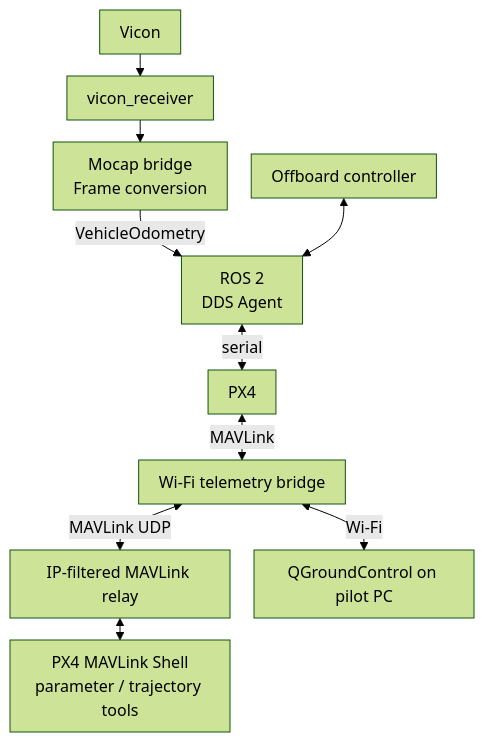
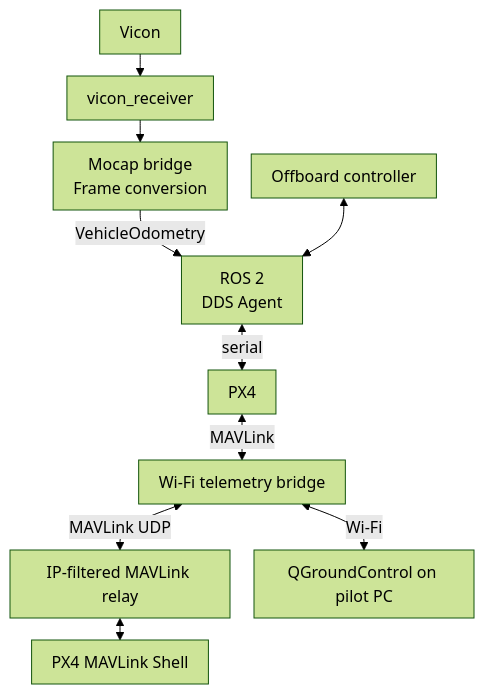
One commit to ANCL/px4-dev-toolkit changed the diagram in docs/operations/companion.md. Above: the diagram before and after it, drawn with Mermaid (forest theme). The commit also changed other lines of this file and 44 other files, not shown here.

````diff
--- a/docs/operations/companion.md
+++ b/docs/operations/companion.md
@@ -19,21 +19,21 @@
 ```mermaid
 ---
 config:
   flowchart:
     useMaxWidth: true
     wrappingWidth: 180
     padding: 10
     rankSpacing: 22
     nodeSpacing: 24
 ---
 flowchart TB
     V["Vicon"] --> VR["vicon_receiver"]
     VR --> B["Mocap bridge<br/>Frame conversion"]
     B -->|VehicleOdometry| X["ROS 2<br/>DDS Agent"]
     X <-->|serial| P["PX4"]
     C["Offboard controller"] <--> X
     P <-->|MAVLink| K["Wi-Fi telemetry bridge"]
     K <-->|MAVLink UDP| MR["IP-filtered MAVLink relay"]
     K <-->|Wi-Fi| Q["QGroundControl on pilot PC"]
-    MR <--> S["PX4 MAVLink Shell<br/>parameter / trajectory tools"]
+    MR <--> S["PX4 MAVLink Shell"]
 ```
````
